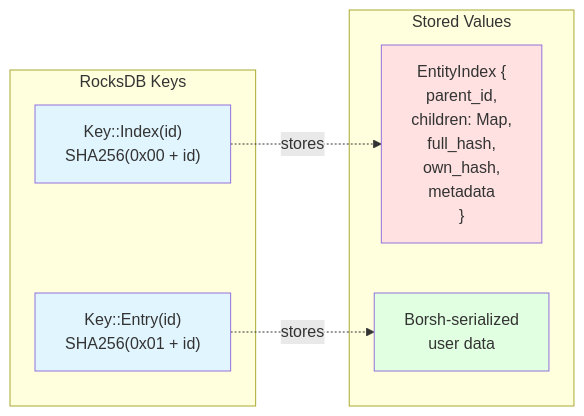
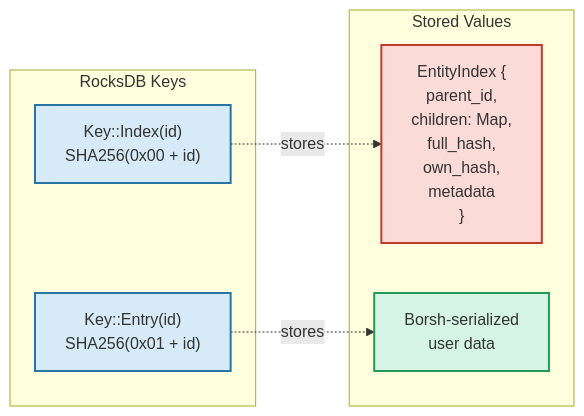
The fourth of 9 diagrams in crates/storage/README.md (calimero-network/core), drawn with Mermaid before and after one commit. The commit also changed other lines of this file, not shown here.

First line of the commit message:
docs(storage): improve diagram color schemes for readability

````diff
--- a/crates/storage/README.md
+++ b/crates/storage/README.md
@@ -135,20 +142,20 @@
 ```mermaid
 graph LR
     subgraph "RocksDB Keys"
         K1["Key::Index(id)<br/>SHA256(0x00 + id)"]
         K2["Key::Entry(id)<br/>SHA256(0x01 + id)"]
     end
     
     subgraph "Stored Values"
         V1["EntityIndex {<br/>  parent_id,<br/>  children: Map,<br/>  full_hash,<br/>  own_hash,<br/>  metadata<br/>}"]
         V2["Borsh-serialized<br/>user data"]
     end
     
     K1 -.->|stores| V1
     K2 -.->|stores| V2
     
-    style K1 fill:#e1f5ff
-    style K2 fill:#e1f5ff
-    style V1 fill:#ffe1e1
-    style V2 fill:#e1ffe1
+    style K1 fill:#D6EAF8,stroke:#2874A6,stroke-width:2px
+    style K2 fill:#D6EAF8,stroke:#2874A6,stroke-width:2px
+    style V1 fill:#FADBD8,stroke:#C0392B,stroke-width:2px
+    style V2 fill:#D5F4E6,stroke:#229954,stroke-width:2px
 ```
````
